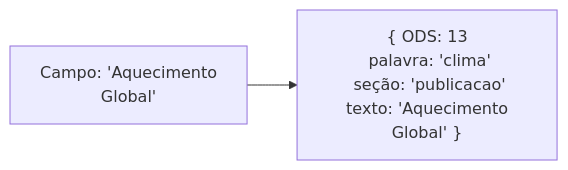
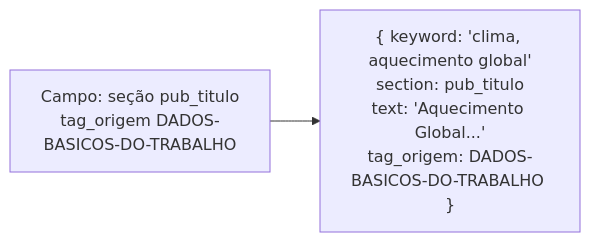
The fourth of 5 diagrams in docs/03-modelo-de-dados.md (frederico-mello/cv-ods-classifier), drawn with Mermaid before and after one commit. The commit also changed other lines of this file and 31 other files, not shown here.

````diff
--- a/docs/03-modelo-de-dados.md
+++ b/docs/03-modelo-de-dados.md
@@ -125,5 +184,5 @@
 ```mermaid
 flowchart LR
-    C["Campo: 'Aquecimento<br/>Global'"] --> E["Pista"]
-    E["{ ODS: 13<br/> palavra: 'clima'<br/> seção: 'publicacao'<br/> texto: 'Aquecimento Global' }"]
+    C["Campo: seção pub_titulo<br/>tag_origem DADOS-BASICOS-DO-TRABALHO"] --> E["Evidência"]
+    E["{ keyword: 'clima, aquecimento global'<br/>section: pub_titulo<br/>text: 'Aquecimento Global...'<br/>tag_origem: DADOS-BASICOS-DO-TRABALHO }"]
 ```
````
